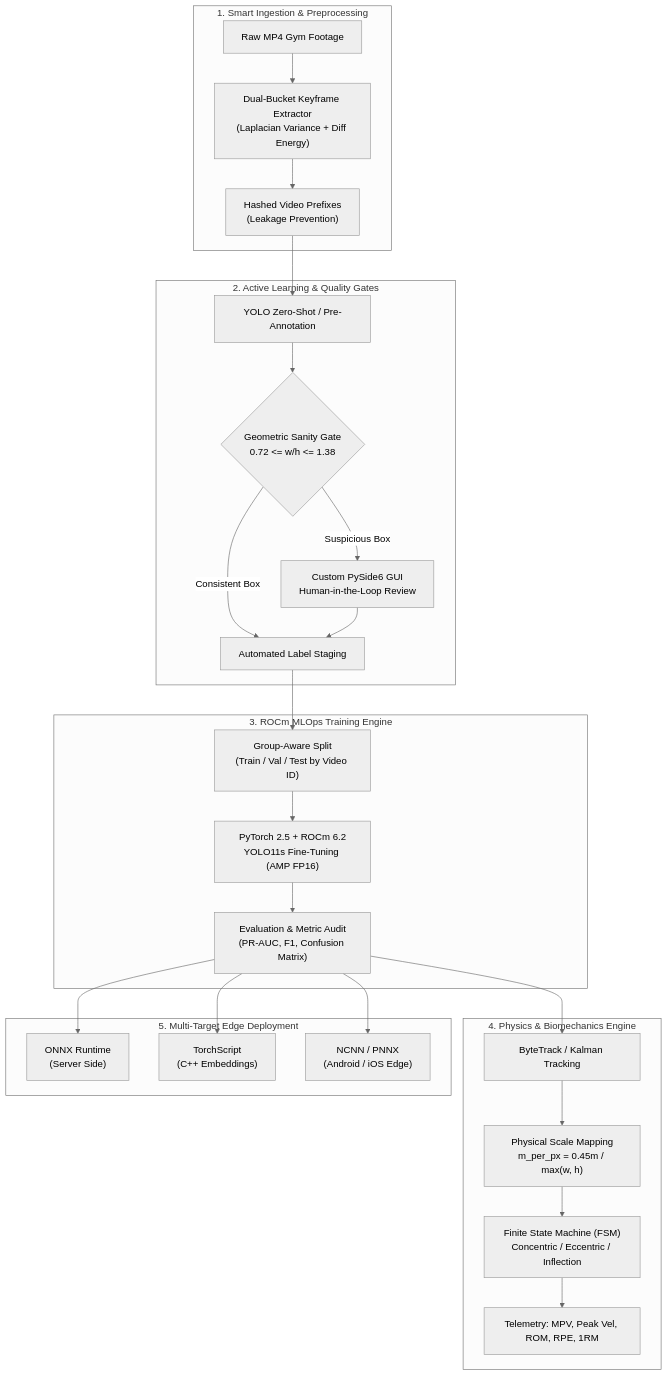
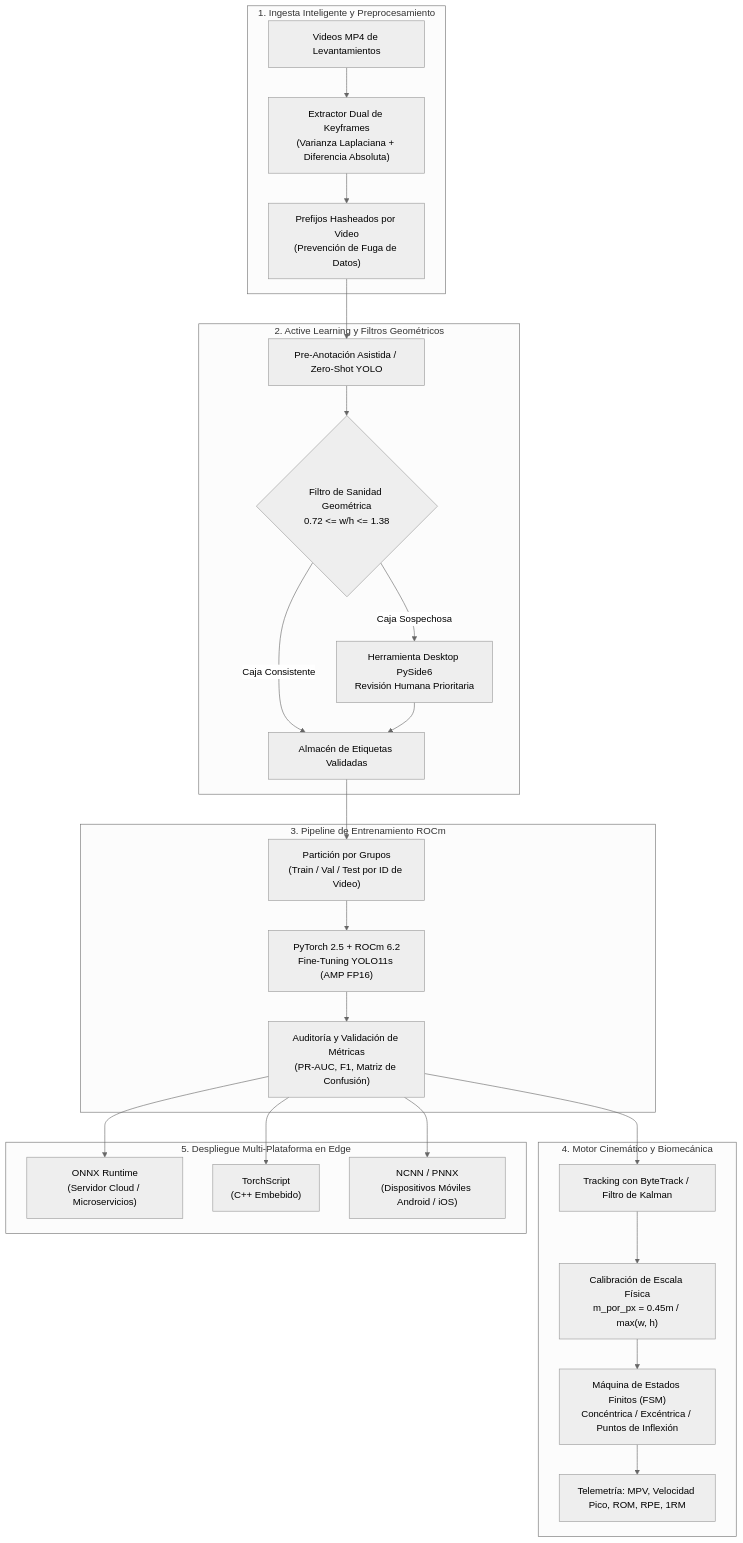
Before and after one commit to AbiWorkspace/entrenamiento-de-modelo-yolo: the diagram in README.md, drawn with Mermaid (neutral theme). The commit also changed other lines of this file, not shown here.

````diff
--- a/README.md
+++ b/README.md
@@ -47,34 +47,34 @@
 ```mermaid
 flowchart TD
-    subgraph INGESTION["1. Smart Ingestion & Preprocessing"]
-        A["Raw MP4 Gym Footage"] --> B["Dual-Bucket Keyframe Extractor<br/>(Laplacian Variance + Diff Energy)"]
-        B --> C["Hashed Video Prefixes<br/>(Leakage Prevention)"]
+    subgraph INGESTA["1. Ingesta Inteligente y Preprocesamiento"]
+        A["Videos MP4 de Levantamientos"] --> B["Extractor Dual de Keyframes<br/>(Varianza Laplaciana + Diferencia Absoluta)"]
+        B --> C["Prefijos Hasheados por Video<br/>(Prevención de Fuga de Datos)"]
     end
 
-    subgraph ACTIVE_LEARNING["2. Active Learning & Quality Gates"]
-        C --> D["YOLO Zero-Shot / Pre-Annotation"]
-        D --> E{"Geometric Sanity Gate<br/>0.72 <= w/h <= 1.38"}
-        E -- "Suspicious Box" --> F["Custom PySide6 GUI<br/>Human-in-the-Loop Review"]
-        E -- "Consistent Box" --> G["Automated Label Staging"]
+    subgraph ACTIVE_LEARNING["2. Active Learning y Filtros Geométricos"]
+        C --> D["Pre-Anotación Asistida / Zero-Shot YOLO"]
+        D --> E{"Filtro de Sanidad Geométrica<br/>0.72 <= w/h <= 1.38"}
+        E -- "Caja Sospechosa" --> F["Herramienta Desktop PySide6<br/>Revisión Humana Prioritaria"]
+        E -- "Caja Consistente" --> G["Almacén de Etiquetas Validadas"]
         F --> G
     end
 
-    subgraph TRAINING["3. ROCm MLOps Training Engine"]
-        G --> H["Group-Aware Split<br/>(Train / Val / Test by Video ID)"]
-        H --> I["PyTorch 2.5 + ROCm 6.2<br/>YOLO11s Fine-Tuning (AMP FP16)"]
-        I --> J["Evaluation & Metric Audit<br/>(PR-AUC, F1, Confusion Matrix)"]
+    subgraph ENTRENAMIENTO["3. Pipeline de Entrenamiento ROCm"]
+        G --> H["Partición por Grupos<br/>(Train / Val / Test por ID de Video)"]
+        H --> I["PyTorch 2.5 + ROCm 6.2<br/>Fine-Tuning YOLO11s (AMP FP16)"]
+        I --> J["Auditoría y Validación de Métricas<br/>(PR-AUC, F1, Matriz de Confusión)"]
     end
 
-    subgraph KINEMATICS["4. Physics & Biomechanics Engine"]
-        J --> K["ByteTrack / Kalman Tracking"]
-        K --> L["Physical Scale Mapping<br/>m_per_px = 0.45m / max(w, h)"]
-        L --> M["Finite State Machine (FSM)<br/>Concentric / Eccentric / Inflection"]
-        M --> N["Telemetry: MPV, Peak Vel, ROM, RPE, 1RM"]
+    subgraph CINEMATICA["4. Motor Cinemático y Biomecánica"]
+        J --> K["Tracking con ByteTrack / Filtro de Kalman"]
+        K --> L["Calibración de Escala Física<br/>m_por_px = 0.45m / max(w, h)"]
+        L --> M["Máquina de Estados Finitos (FSM)<br/>Concéntrica / Excéntrica / Puntos de Inflexión"]
+        M --> N["Telemetría: MPV, Velocidad Pico, ROM, RPE, 1RM"]
     end
 
-    subgraph DEPLOYMENT["5. Multi-Target Edge Deployment"]
-        J --> O["ONNX Runtime<br/>(Server Side)"]
-        J --> P["TorchScript<br/>(C++ Embeddings)"]
-        J --> Q["NCNN / PNNX<br/>(Android / iOS Edge)"]
+    subgraph DESPLIEGUE["5. Despliegue Multi-Plataforma en Edge"]
+        J --> O["ONNX Runtime<br/>(Servidor Cloud / Microservicios)"]
+        J --> P["TorchScript<br/>(C++ Embebido)"]
+        J --> Q["NCNN / PNNX<br/>(Dispositivos Móviles Android / iOS)"]
     end
 ```
````
